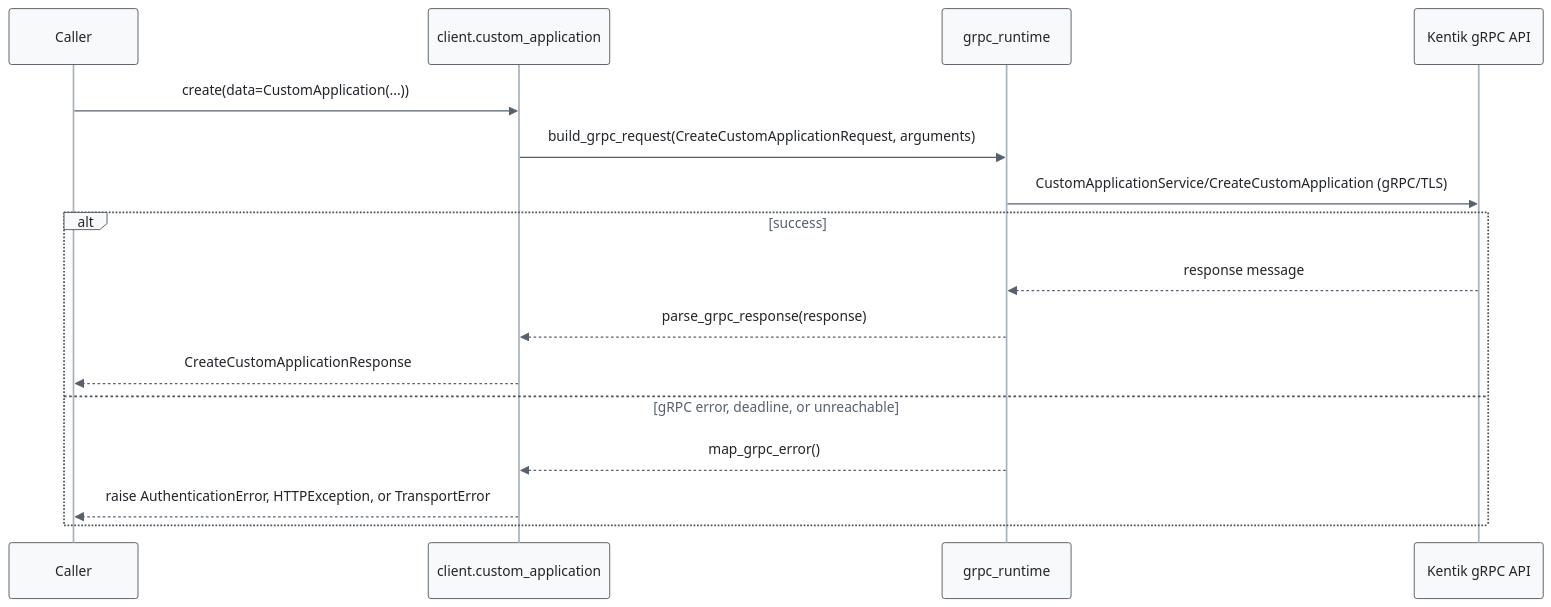
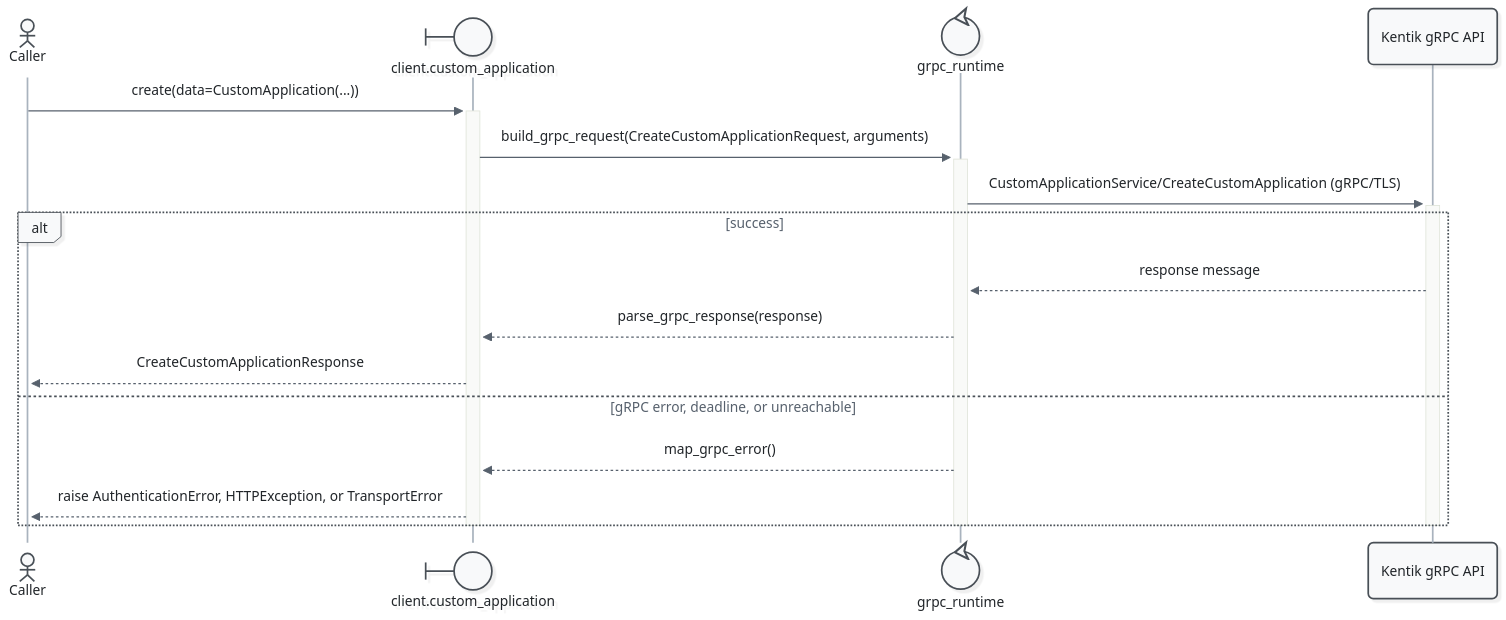
Before and after one commit to alexdearaujo/community_sdk_python: the fourth of 11 diagrams in docs/sphinx/services/custom_application.md, drawn with Mermaid. The commit also changed other lines of this file and 52 other files, not shown here.

First line of the commit message:
docs: Mermaid 12 sequence diagrams with participant types and path colors

````diff
--- a/docs/sphinx/services/custom_application.md
+++ b/docs/sphinx/services/custom_application.md
@@ -125,20 +132,23 @@
 ```mermaid
-%%{init: {"theme": "base", "fontFamily": "ui-monospace, SFMono-Regular, Menlo, monospace", "themeVariables": {"fontFamily": "ui-monospace, SFMono-Regular, Menlo, monospace", "primaryColor": "#f8f9fa", "primaryBorderColor": "#495057", "primaryTextColor": "#212529", "textColor": "#212529", "lineColor": "#77818c", "edgeLabelBackground": "#ffffff", "actorBkg": "#f8f9fa", "actorBorder": "#495057", "actorTextColor": "#212529", "actorLineColor": "#a9b3be", "signalColor": "#57616d", "signalTextColor": "#212529", "labelBoxBkgColor": "#f8f9fa", "labelBoxBorderColor": "#495057", "labelTextColor": "#212529", "loopTextColor": "#57616d", "noteBkgColor": "#fff9db", "noteBorderColor": "#f08c00", "noteTextColor": "#a35a00"}, "flowchart": {"curve": "step", "nodeSpacing": 30, "rankSpacing": 70, "wrappingWidth": 400}}}%%
+%%{init: {"theme": "redux", "look": "neo", "layout": "dagre", "fontFamily": "ui-monospace, SFMono-Regular, Menlo, monospace", "themeVariables": {"fontFamily": "ui-monospace, SFMono-Regular, Menlo, monospace", "primaryColor": "#f8f9fa", "primaryBorderColor": "#495057", "primaryTextColor": "#212529", "textColor": "#212529", "lineColor": "#77818c", "edgeLabelBackground": "#ffffff", "actorBkg": "#f8f9fa", "actorBorder": "#495057", "actorTextColor": "#212529", "actorLineColor": "#a9b3be", "signalColor": "#57616d", "signalTextColor": "#212529", "labelBoxBkgColor": "#f8f9fa", "labelBoxBorderColor": "#495057", "labelTextColor": "#212529", "loopTextColor": "#57616d", "noteBkgColor": "#fff9db", "noteBorderColor": "#f08c00", "noteTextColor": "#a35a00"}, "sequence": {"activationWidth": 16}, "flowchart": {"curve": "step", "nodeSpacing": 30, "rankSpacing": 70, "wrappingWidth": 400}}}%%
 sequenceDiagram
-    participant C as Caller
-    participant W as client.custom_application
-    participant R as grpc_runtime
+    actor C as Caller
+    participant W@{ "type": "boundary" } as client.custom_application
+    participant R@{ "type": "control" } as grpc_runtime
     participant API as Kentik gRPC API
 
-    C->>W: create(data=CustomApplication(...))
-    W->>R: build_grpc_request(CreateCustomApplicationRequest, arguments)
-    R->>API: CustomApplicationService/CreateCustomApplication (gRPC/TLS)
+    C->>+W: create(data=CustomApplication(...))
+    W->>+R: build_grpc_request(CreateCustomApplicationRequest, arguments)
+    R->>+API: CustomApplicationService/CreateCustomApplication (gRPC/TLS)
     alt success
         API-->>R: response message
         R-->>W: parse_grpc_response(response)
         W-->>C: CreateCustomApplicationResponse
     else gRPC error, deadline, or unreachable
         R-->>W: map_grpc_error()
         W-->>C: raise AuthenticationError, HTTPException, or TransportError
     end
+    deactivate API
+    deactivate R
+    deactivate W
 ```
````
